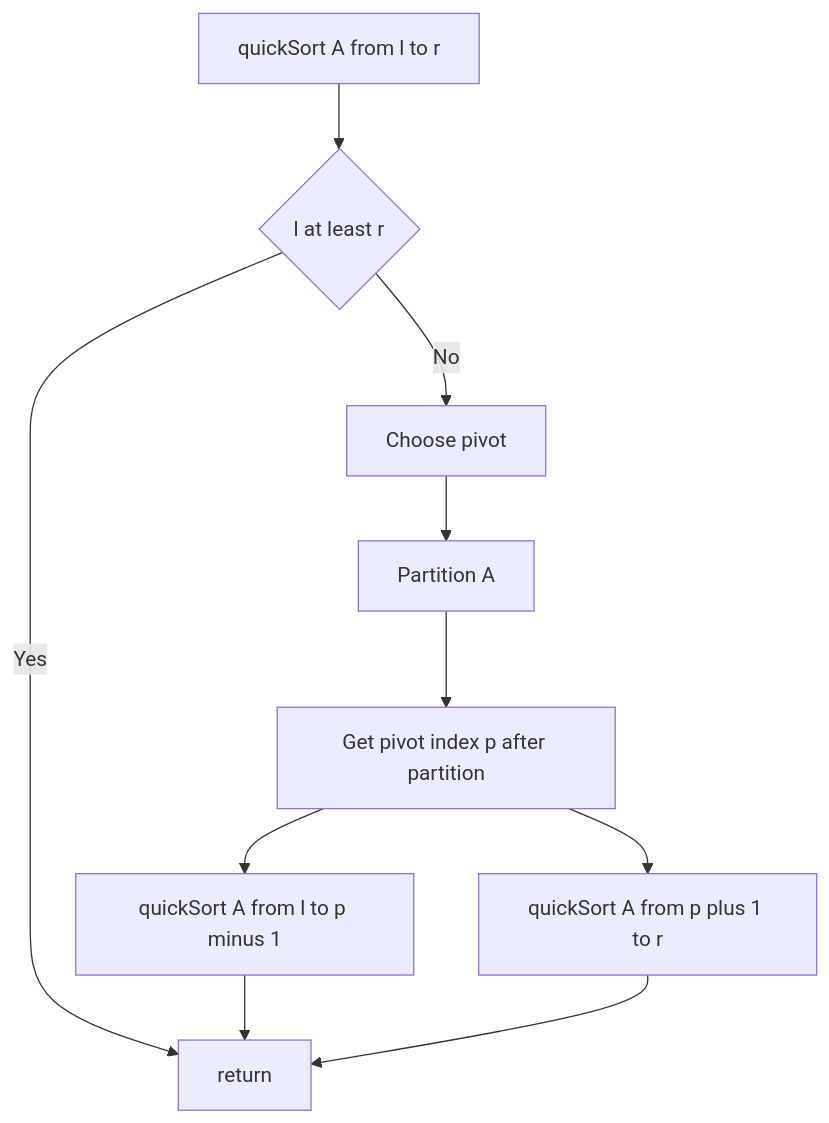
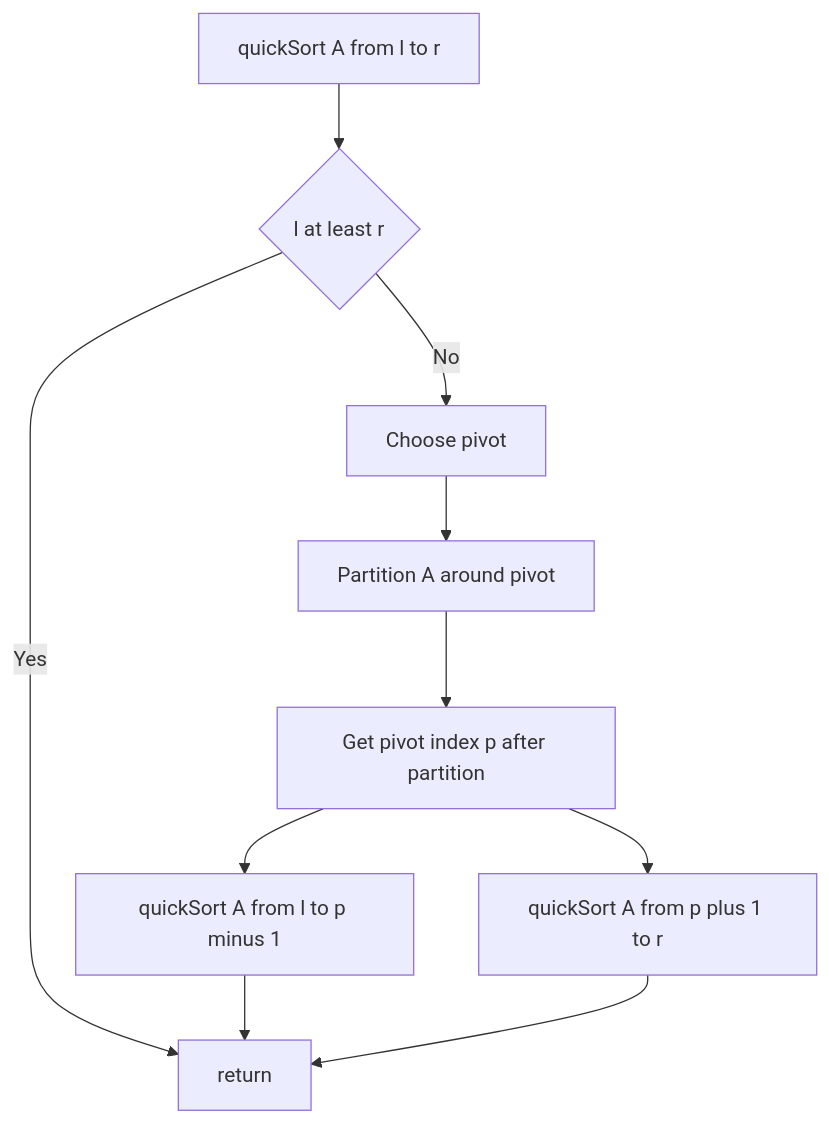
One commit to grafanaKibana/devbook.zip changed the diagram in Vault/Software Engineering/02 Computer Science/Algorithms/Sorting Algorithms/Quick Sort.md. Above: the diagram before and after it, drawn with Mermaid. The commit also changed other lines of this file and 25 other files, not shown here.

````diff
--- a/Vault/Software Engineering/02 Computer Science/Algorithms/Sorting Algorithms/Quick Sort.md
+++ b/Vault/Software Engineering/02 Computer Science/Algorithms/Sorting Algorithms/Quick Sort.md
@@ -27,12 +20,12 @@
 ```mermaid
 graph TD
   A[quickSort A from l to r] --> B{l at least r}
   B -->|Yes| R[return]
   B -->|No| C[Choose pivot]
-  C --> D[Partition A]
+  C --> D[Partition A around pivot]
   D --> E[Get pivot index p after partition]
   E --> F[quickSort A from l to p minus 1]
   E --> G[quickSort A from p plus 1 to r]
   F --> R
   G --> R
 ```
````
